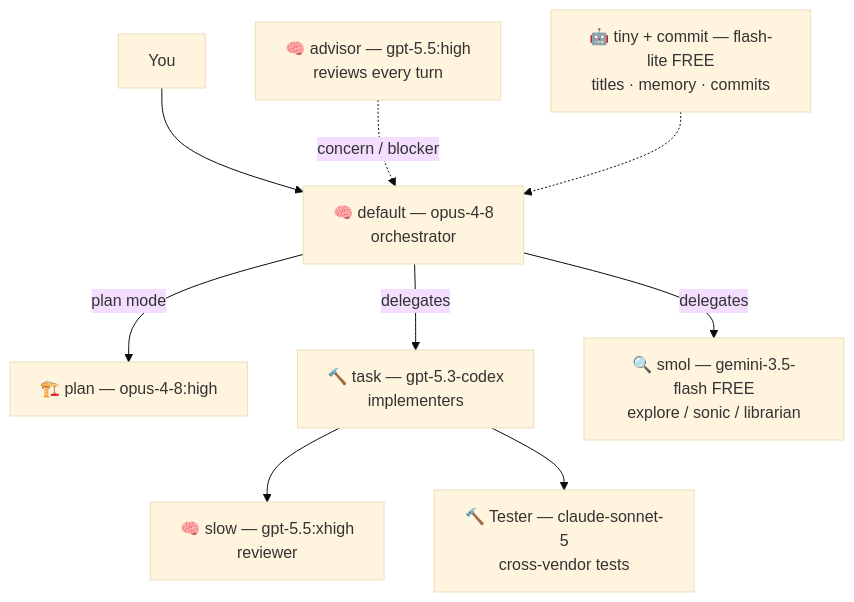
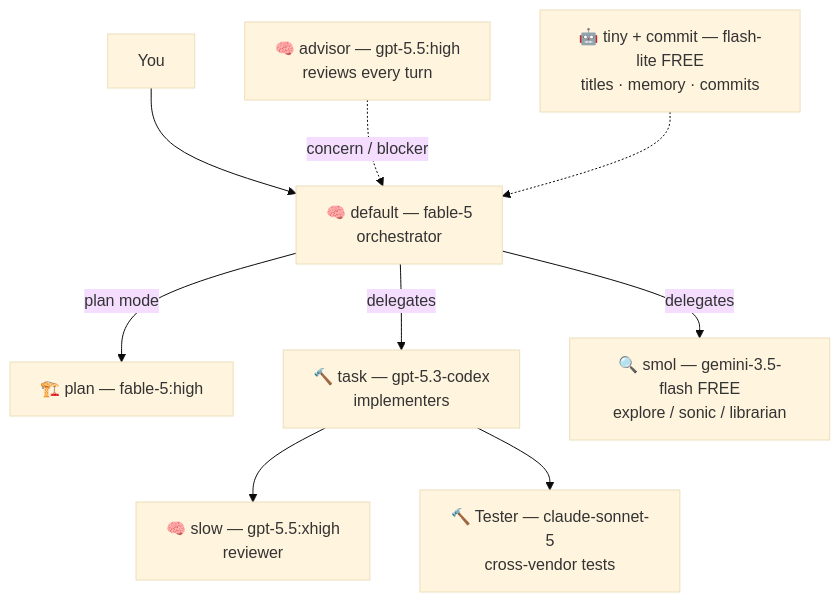
Before and after one commit to rockclaver/omp-orchestra: the diagram in README.md, drawn with Mermaid (base theme). The commit also changed other lines of this file and 5 other files, not shown here.

First line of the commit message:
Make the frontier a swappable profile: fable (default) | opus | codex

````diff
--- a/README.md
+++ b/README.md
@@ -30,11 +31,11 @@
 ```mermaid
 flowchart TD
-    U[You] --> O["🧠 default — opus-4-8<br/>orchestrator"]
-    O -->|plan mode| P["🏗️ plan — opus-4-8:high"]
+    U[You] --> O["🧠 default — fable-5<br/>orchestrator"]
+    O -->|plan mode| P["🏗️ plan — fable-5:high"]
     O -->|delegates| T["🔨 task — gpt-5.3-codex<br/>implementers"]
     O -->|delegates| S["🔍 smol — gemini-3.5-flash FREE<br/>explore / sonic / librarian"]
     T --> R["🧠 slow — gpt-5.5:xhigh<br/>reviewer"]
     T --> TE["🔨 Tester — claude-sonnet-5<br/>cross-vendor tests"]
     A["🧠 advisor — gpt-5.5:high<br/>reviews every turn"] -.->|concern / blocker| O
     B["🤖 tiny + commit — flash-lite FREE<br/>titles · memory · commits"] -.-> O
 ```
````
